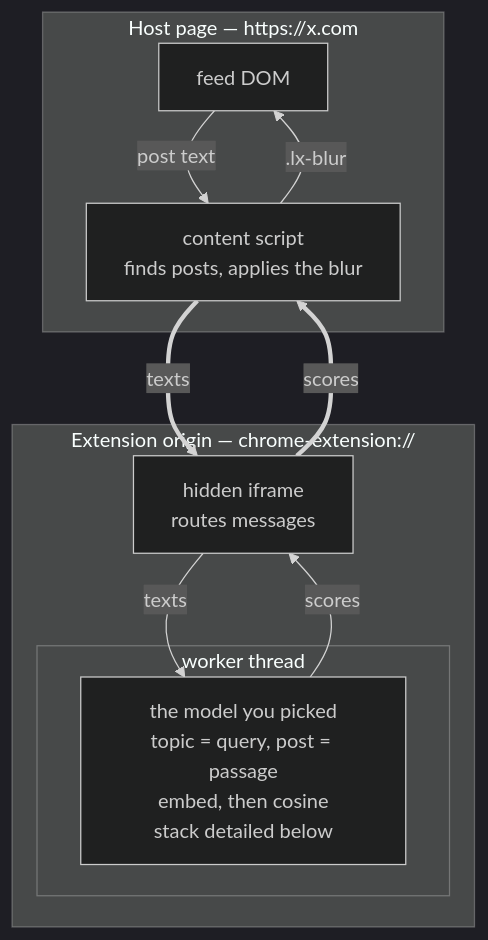
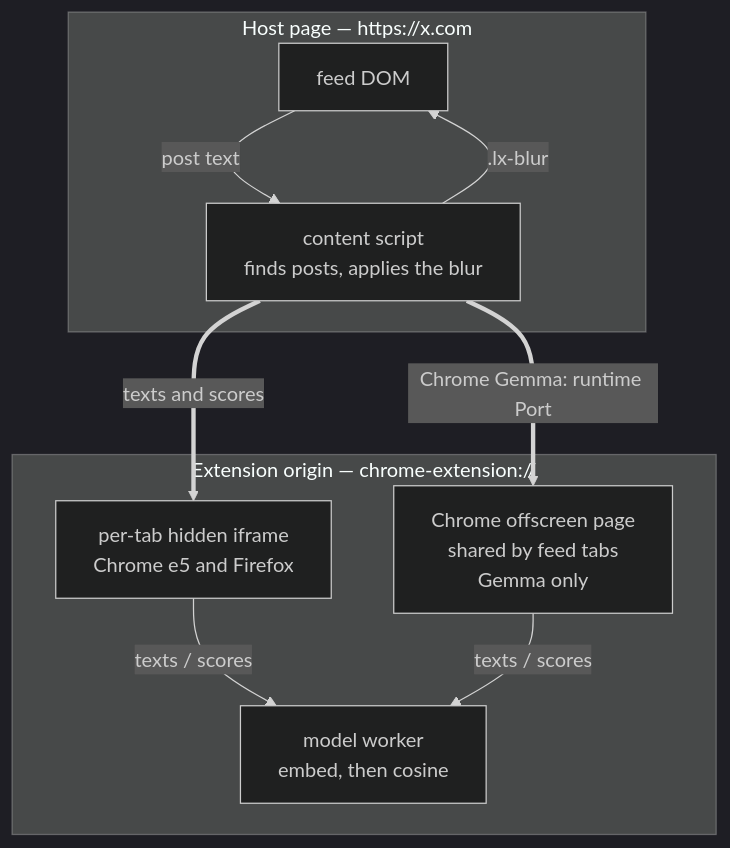
One commit to dephelion/ufeed changed the first of 2 diagrams in docs/how-it-works.md. Above: the diagram before and after it, drawn with Mermaid (dark theme). The commit also changed other lines of this file and 22 other files, not shown here.

First line of the commit message:
feat(engine): share Chrome Gemma session across tabs (#32)

````diff
--- a/docs/how-it-works.md
+++ b/docs/how-it-works.md
@@ -30,21 +30,20 @@
 ```mermaid
 flowchart TB
   subgraph host["Host page — https://x.com"]
     dom["feed DOM"]
     cs["content script<br/>finds posts, applies the blur"]
     dom -- "post text" --> cs
     cs -- ".lx-blur" --> dom
   end
 
   subgraph ext["Extension origin — chrome-extension://"]
-    frame["hidden iframe<br/>routes messages"]
-    subgraph thr["worker thread"]
-      wk["the model you picked<br/>topic = query, post = passage<br/>embed, then cosine<br/>stack detailed below"]
-    end
-    frame -- "texts" --> wk
-    wk -- "scores" --> frame
+    frame["per-tab hidden iframe<br/>Chrome e5 and Firefox"]
+    offscreen["Chrome offscreen page<br/>shared by feed tabs<br/>Gemma only"]
+    worker["model worker<br/>embed, then cosine"]
+    frame -- "texts / scores" --> worker
+    offscreen -- "texts / scores" --> worker
   end
 
-  cs == "texts" ==> frame
-  frame == "scores" ==> cs
+  cs == "texts and scores" ==> frame
+  cs == "Chrome Gemma: runtime Port" ==> offscreen
 ```
````
